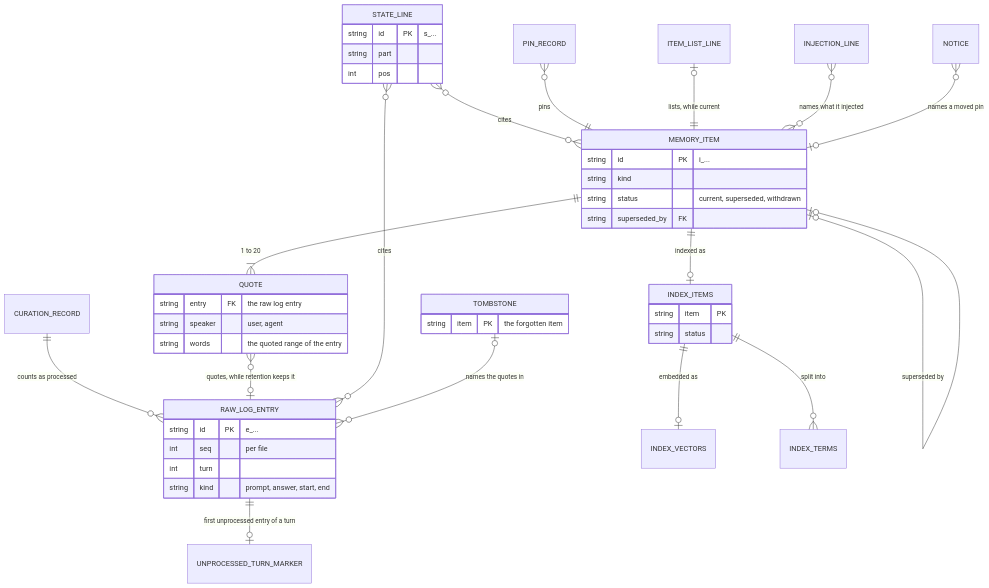
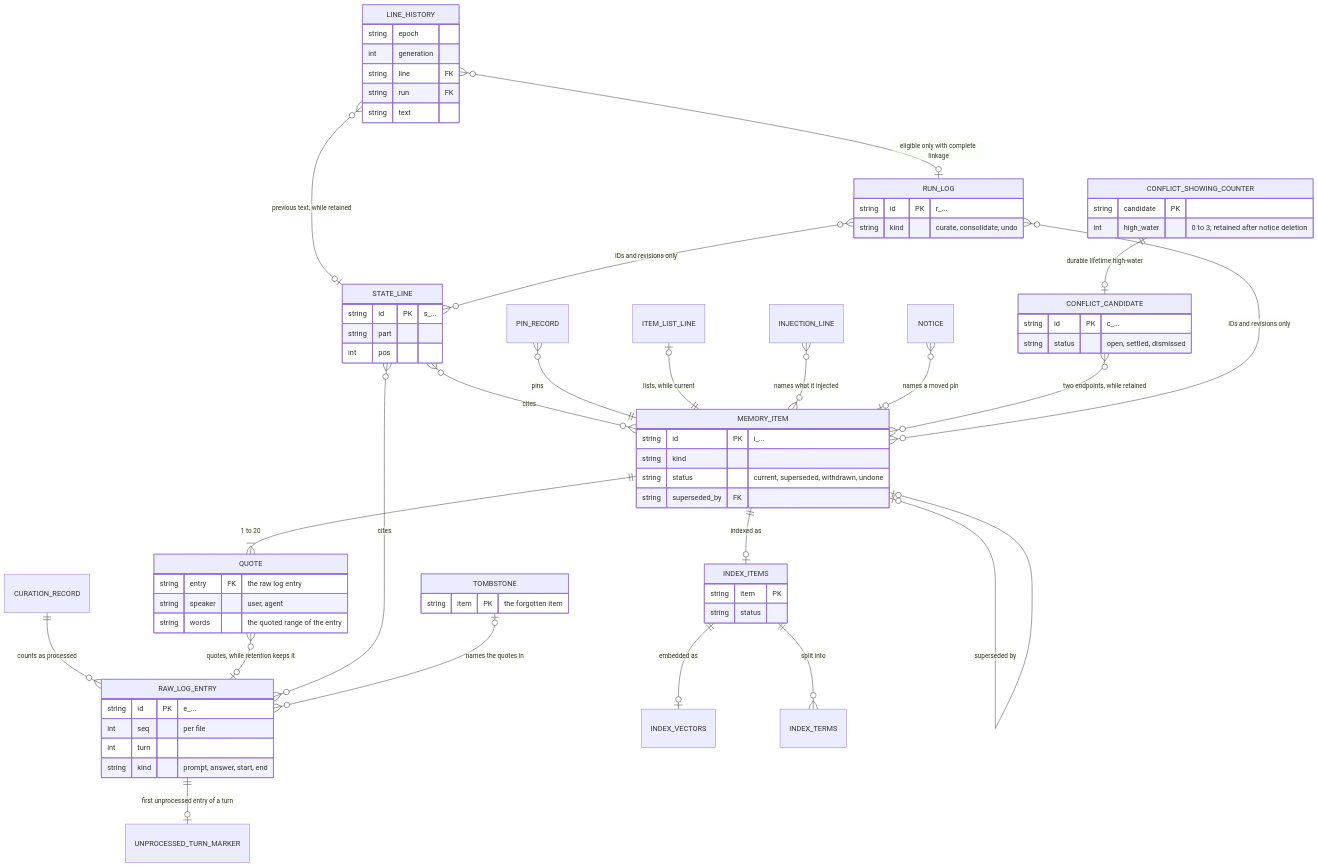
One commit to kodonghui/corthex changed the diagram in docs/05-erd/memory.md. Above: the diagram before and after it, drawn with Mermaid. The commit also changed other lines of this file and 41 other files, not shown here.

First line of the commit message:
docs(memory): specify C2 line edits, conflicts and reversible runs

````diff
--- a/docs/05-erd/memory.md
+++ b/docs/05-erd/memory.md
@@ -553,48 +652,73 @@
 ```mermaid
 erDiagram
   RAW_LOG_ENTRY ||--o| UNPROCESSED_TURN_MARKER : "first unprocessed entry of a turn"
   CURATION_RECORD ||--o{ RAW_LOG_ENTRY : "counts as processed"
   MEMORY_ITEM ||--|{ QUOTE : "1 to 20"
   QUOTE }o--o| RAW_LOG_ENTRY : "quotes, while retention keeps it"
   MEMORY_ITEM |o--o| MEMORY_ITEM : "superseded by"
   STATE_LINE }o--o{ MEMORY_ITEM : cites
   STATE_LINE }o--o{ RAW_LOG_ENTRY : cites
   PIN_RECORD }o--|| MEMORY_ITEM : pins
   ITEM_LIST_LINE |o--|| MEMORY_ITEM : "lists, while current"
   TOMBSTONE |o--o{ RAW_LOG_ENTRY : "names the quotes in"
   INJECTION_LINE }o--o{ MEMORY_ITEM : "names what it injected"
   NOTICE }o--o| MEMORY_ITEM : "names a moved pin"
+  LINE_HISTORY }o--o| STATE_LINE : "previous text, while retained"
+  LINE_HISTORY }o--o| RUN_LOG : "eligible only with complete linkage"
+  CONFLICT_CANDIDATE }o--o{ MEMORY_ITEM : "two endpoints, while retained"
+  CONFLICT_SHOWING_COUNTER ||--o| CONFLICT_CANDIDATE : "durable lifetime high-water"
+  RUN_LOG }o--o{ MEMORY_ITEM : "IDs and revisions only"
+  RUN_LOG }o--o{ STATE_LINE : "IDs and revisions only"
   MEMORY_ITEM ||--o| INDEX_ITEMS : "indexed as"
   INDEX_ITEMS ||--o| INDEX_VECTORS : "embedded as"
   INDEX_ITEMS ||--o{ INDEX_TERMS : "split into"
 
   RAW_LOG_ENTRY {
     string id PK "e_..."
     int seq "per file"
     int turn
     string kind "prompt, answer, start, end"
   }
   MEMORY_ITEM {
     string id PK "i_..."
     string kind
-    string status "current, superseded, withdrawn"
+    string status "current, superseded, withdrawn, undone"
     string superseded_by FK
   }
   QUOTE {
     string entry FK "the raw log entry"
     string speaker "user, agent"
     string words "the quoted range of the entry"
   }
   STATE_LINE {
     string id PK "s_..."
     string part
     int pos
   }
   TOMBSTONE {
     string item PK "the forgotten item"
   }
+  LINE_HISTORY {
+    string epoch
+    int generation
+    string line FK
+    string run FK
+    string text
+  }
+  CONFLICT_CANDIDATE {
+    string id PK "c_..."
+    string status "open, settled, dismissed"
+  }
+  CONFLICT_SHOWING_COUNTER {
+    string candidate PK
+    int high_water "0 to 3; retained after notice deletion"
+  }
+  RUN_LOG {
+    string id PK "r_..."
+    string kind "curate, consolidate, undo"
+  }
   INDEX_ITEMS {
     string item PK
     string status
   }
 ```
````
